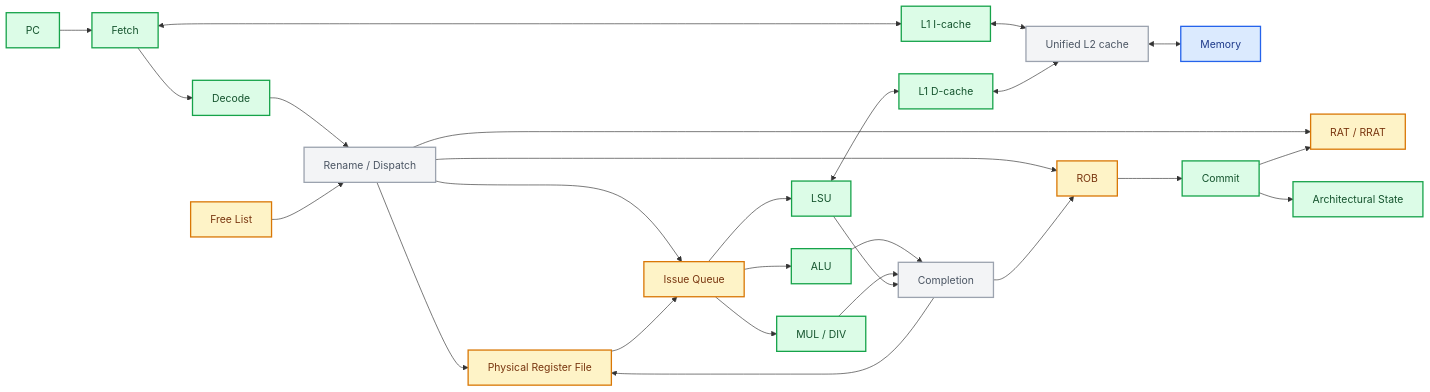
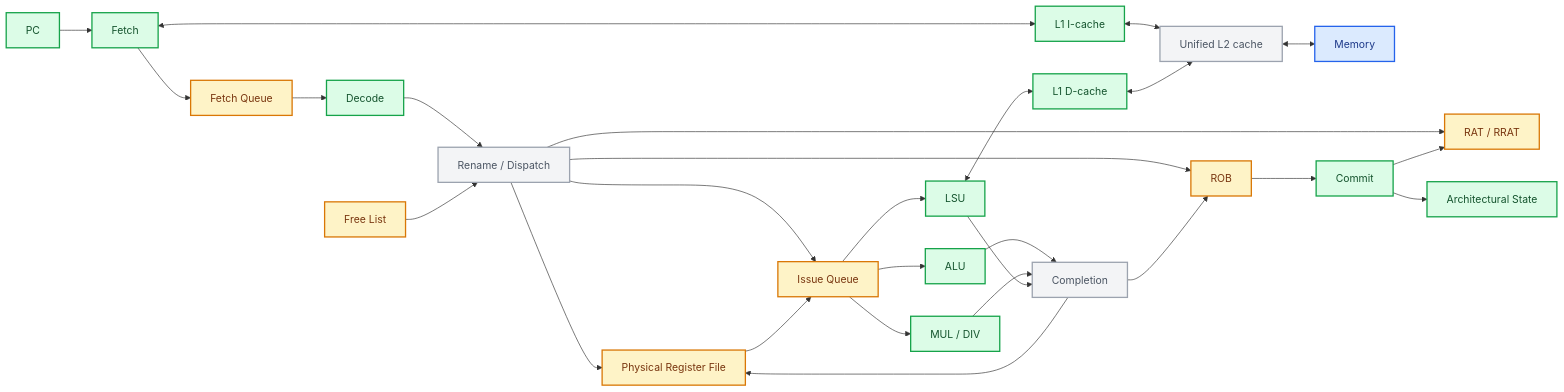
Before and after one commit to JustinYYZ/rv32im-research-core: the second of 2 diagrams in README.md, drawn with Mermaid. The commit also changed other lines of this file and 4 other files, not shown here.

Commit message:
feat: add out-of-order fetch queue

````diff
--- a/README.md
+++ b/README.md
@@ -286,36 +289,37 @@
 ```mermaid
 flowchart LR
     PC --> FETCH[Fetch]
     FETCH <--> L1I["L1 I-cache"]
     L1I <--> L2["Unified L2 cache"]
     L2 <--> MEM[Memory]
-    FETCH --> DECODE[Decode]
+    FETCH --> FQ["Fetch Queue"]
+    FQ --> DECODE[Decode]
     DECODE --> RENAME["Rename / Dispatch"]
     RENAME --> RAT["RAT / RRAT"]
     FL["Free List"] --> RENAME
     RENAME --> PRF["Physical Register File"]
     RENAME --> ROB[ROB]
     RENAME --> IQ["Issue Queue"]
     PRF --> IQ
     IQ --> ALU[ALU]
     IQ --> MULDIV["MUL / DIV"]
     IQ --> LSU[LSU]
     LSU <--> L1D["L1 D-cache"]
     L1D <--> L2
     ALU --> COMPLETE[Completion]
     MULDIV --> COMPLETE
     LSU --> COMPLETE
     COMPLETE --> PRF
     COMPLETE --> ROB
     ROB --> COMMIT[Commit]
     COMMIT --> RAT
     COMMIT --> ARF["Architectural State"]
     classDef implemented fill:#dcfce7,stroke:#16a34a,color:#14532d,stroke-width:2px
     classDef partial fill:#fef3c7,stroke:#d97706,color:#78350f,stroke-width:2px
     classDef planned fill:#f3f4f6,stroke:#9ca3af,color:#4b5563,stroke-width:2px
     classDef external fill:#dbeafe,stroke:#2563eb,color:#1e3a8a,stroke-width:2px
     class PC,FETCH,L1I,L1D,DECODE,ALU,MULDIV,LSU,COMMIT,ARF implemented
-    class ROB,PRF,RAT,FL,IQ partial
+    class FQ,ROB,PRF,RAT,FL,IQ partial
     class L2,RENAME,COMPLETE planned
     class MEM external
 ```
````
